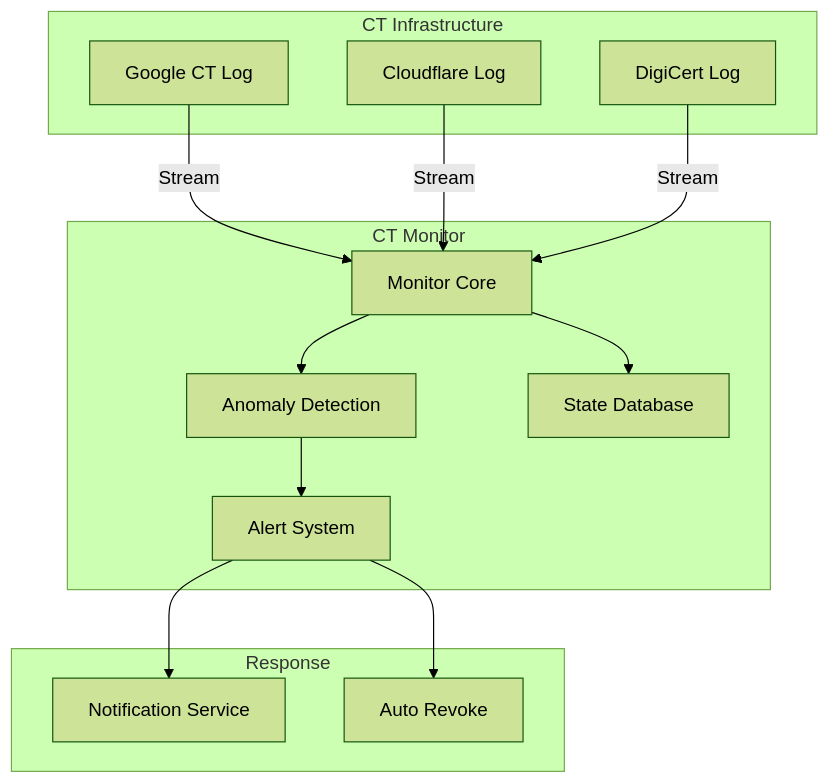
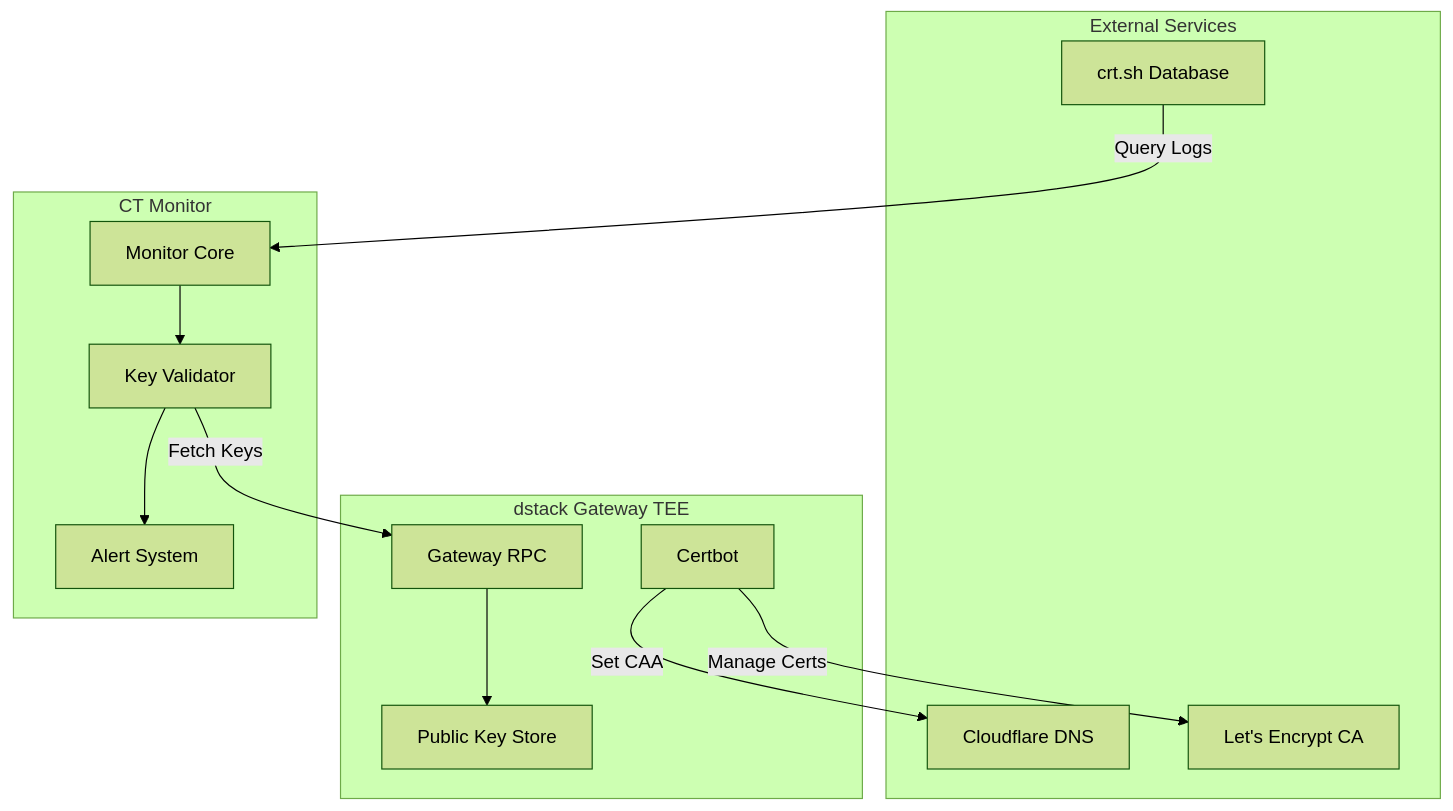
One commit to Dstack-TEE/dstack changed the diagram in docs/security-research/extra-sec-ops/ct-monitor-security.mdx. Above: the diagram before and after it, drawn with Mermaid (forest theme). The commit also changed other lines of this file and 41 other files, not shown here.

````diff
--- a/docs/security-research/extra-sec-ops/ct-monitor-security.mdx
+++ b/docs/security-research/extra-sec-ops/ct-monitor-security.mdx
@@ -29,29 +29,28 @@
 ```mermaid
 graph TD
-    subgraph "CT Infrastructure"
-        L1[Google CT Log]
-        L2[Cloudflare Log]
-        L3[DigiCert Log]
+    subgraph "External Services"
+        CS[crt.sh Database]
+        CF[Cloudflare DNS]
+        LE[Let's Encrypt CA]
+    end
+    
+    subgraph "dstack Gateway TEE"
+        CB[Certbot]
+        GW[Gateway RPC]
+        PK[Public Key Store]
     end
     
     subgraph "CT Monitor"
         M[Monitor Core]
-        AD[Anomaly Detection]
-        AL[Alert System]
-        DB[State Database]
+        V[Key Validator]
+        A[Alert System]
     end
     
-    subgraph "Response"
-        NS[Notification Service]
-        AR[Auto Revoke]
-    end
-    
-    L1 -->|Stream| M
-    L2 -->|Stream| M
-    L3 -->|Stream| M
-    M --> AD
-    AD --> AL
-    AL --> NS
-    AL --> AR
-    M --> DB
+    CS -->|Query Logs| M
+    M --> V
+    V -->|Fetch Keys| GW
+    GW --> PK
+    V --> A
+    CB -->|Manage Certs| LE
+    CB -->|Set CAA| CF
 ```
````
